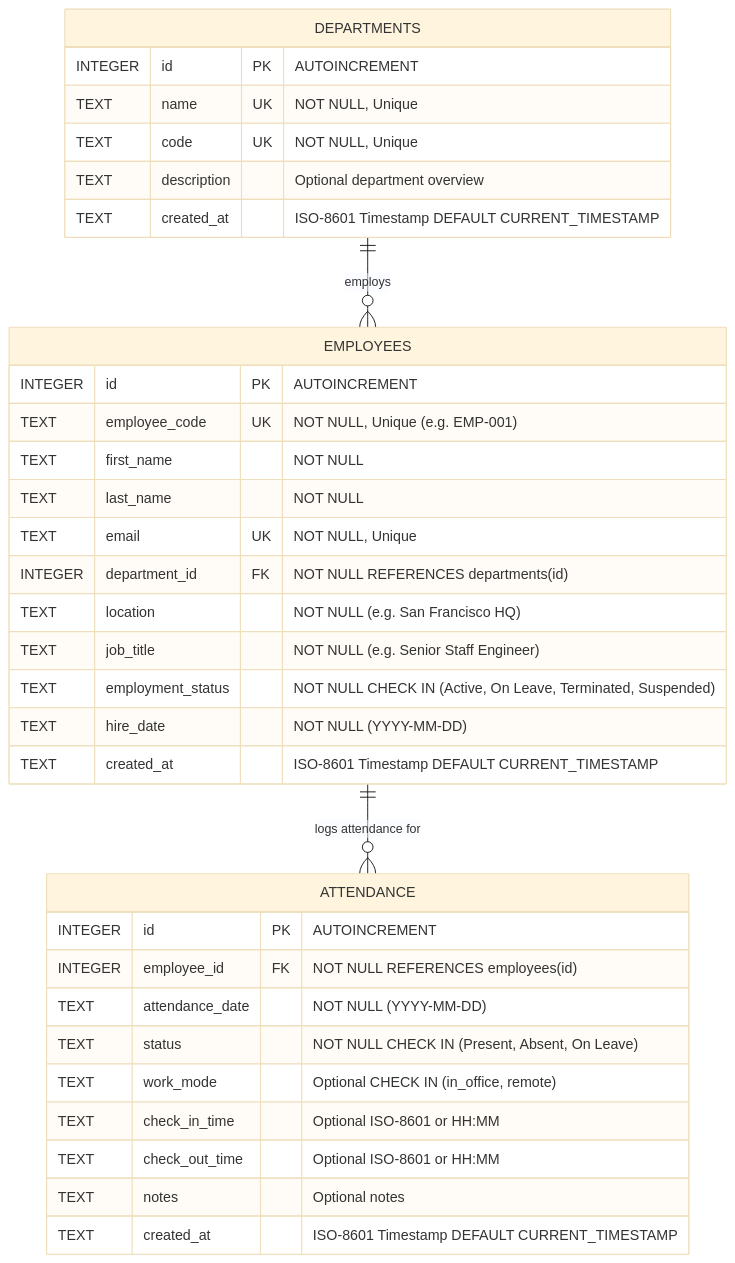
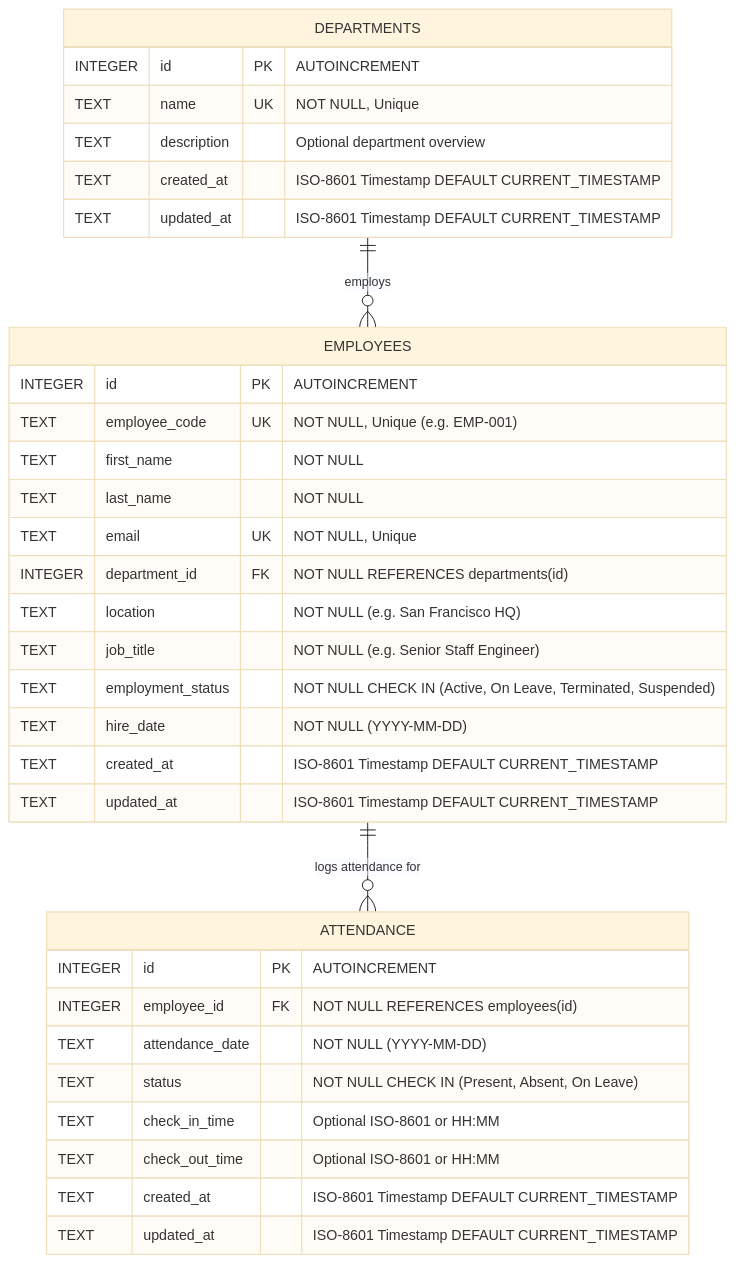
Before and after one commit to PavanReddy-27/Workforce: the diagram in docs/DATABASE.md, drawn with Mermaid (base theme). The commit also changed other lines of this file and 43 other files, not shown here.

````diff
--- a/docs/DATABASE.md
+++ b/docs/DATABASE.md
@@ -19,39 +19,39 @@
 ```mermaid
 erDiagram
     DEPARTMENTS ||--o{ EMPLOYEES : "employs"
     EMPLOYEES ||--o{ ATTENDANCE : "logs attendance for"
 
     DEPARTMENTS {
         INTEGER id PK "AUTOINCREMENT"
         TEXT name UK "NOT NULL, Unique"
-        TEXT code UK "NOT NULL, Unique"
         TEXT description "Optional department overview"
         TEXT created_at "ISO-8601 Timestamp DEFAULT CURRENT_TIMESTAMP"
+        TEXT updated_at "ISO-8601 Timestamp DEFAULT CURRENT_TIMESTAMP"
     }
 
     EMPLOYEES {
         INTEGER id PK "AUTOINCREMENT"
         TEXT employee_code UK "NOT NULL, Unique (e.g. EMP-001)"
         TEXT first_name "NOT NULL"
         TEXT last_name "NOT NULL"
         TEXT email UK "NOT NULL, Unique"
         INTEGER department_id FK "NOT NULL REFERENCES departments(id)"
         TEXT location "NOT NULL (e.g. San Francisco HQ)"
         TEXT job_title "NOT NULL (e.g. Senior Staff Engineer)"
         TEXT employment_status "NOT NULL CHECK IN (Active, On Leave, Terminated, Suspended)"
         TEXT hire_date "NOT NULL (YYYY-MM-DD)"
         TEXT created_at "ISO-8601 Timestamp DEFAULT CURRENT_TIMESTAMP"
+        TEXT updated_at "ISO-8601 Timestamp DEFAULT CURRENT_TIMESTAMP"
     }
 
     ATTENDANCE {
         INTEGER id PK "AUTOINCREMENT"
         INTEGER employee_id FK "NOT NULL REFERENCES employees(id)"
         TEXT attendance_date "NOT NULL (YYYY-MM-DD)"
         TEXT status "NOT NULL CHECK IN (Present, Absent, On Leave)"
-        TEXT work_mode "Optional CHECK IN (in_office, remote)"
         TEXT check_in_time "Optional ISO-8601 or HH:MM"
         TEXT check_out_time "Optional ISO-8601 or HH:MM"
-        TEXT notes "Optional notes"
         TEXT created_at "ISO-8601 Timestamp DEFAULT CURRENT_TIMESTAMP"
+        TEXT updated_at "ISO-8601 Timestamp DEFAULT CURRENT_TIMESTAMP"
     }
 ```
````
